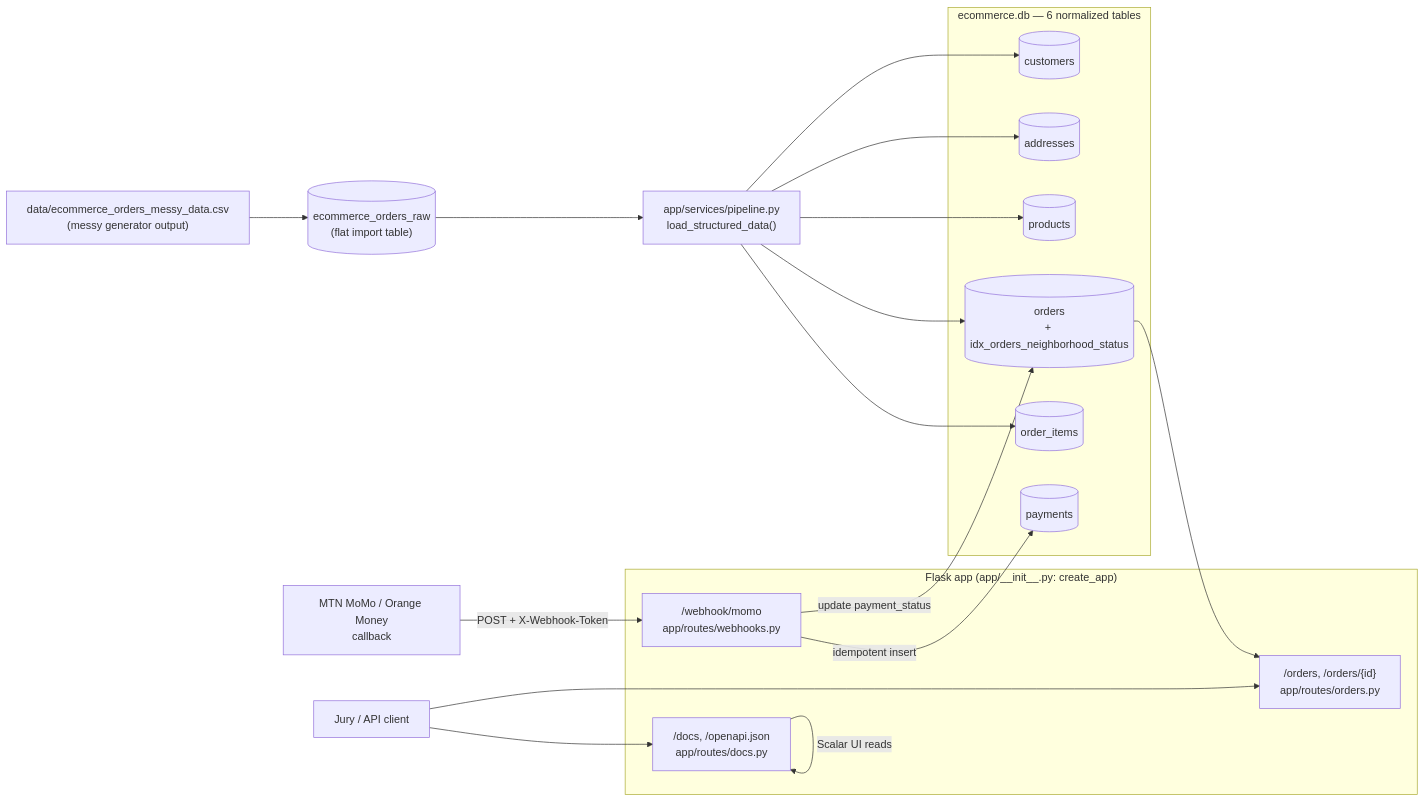
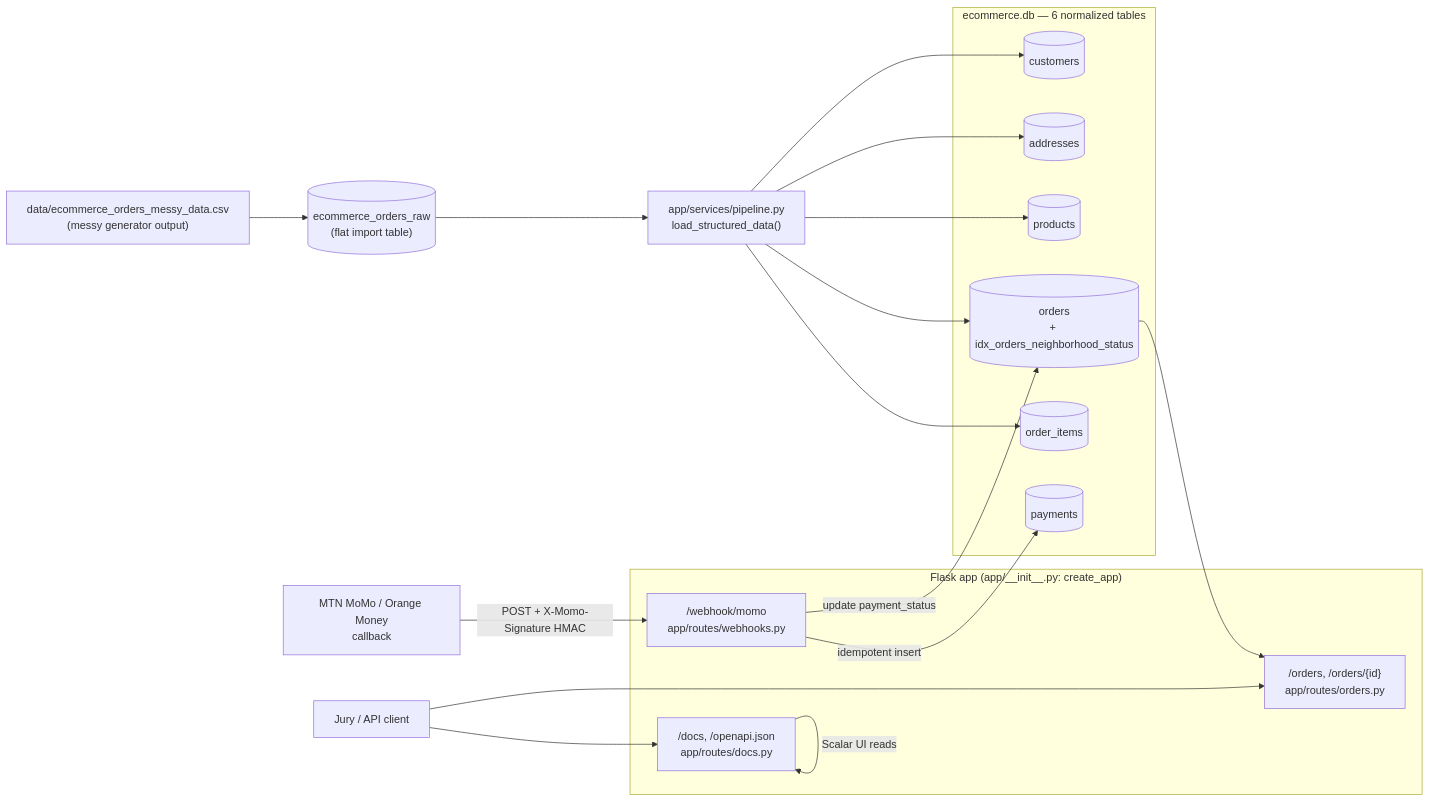
Before and after one commit to fokouarnaud/antcode-commando: the diagram in README.md, drawn with Mermaid. The commit also changed other lines of this file and 5 other files, not shown here.

First line of the commit message:
secure: upgrade MoMo webhook to full HMAC-SHA256 signature verification, switch to file-based openapi.json, and expand pytest suite to 32 clean tests

````diff
--- a/README.md
+++ b/README.md
@@ -12,35 +12,35 @@
 ```mermaid
 flowchart LR
     CSV["data/ecommerce_orders_messy_data.csv\n(messy generator output)"]
     RAW[("ecommerce_orders_raw\n(flat import table)")]
     PIPE["app/services/pipeline.py\nload_structured_data()"]
 
     subgraph DB["ecommerce.db — 6 normalized tables"]
         CUST[("customers")]
         ADDR[("addresses")]
         PROD[("products")]
         ORD[("orders\n+ idx_orders_neighborhood_status")]
         ITEMS[("order_items")]
         PAY[("payments")]
     end
 
     subgraph API["Flask app (app/__init__.py: create_app)"]
         ORD_R["/orders, /orders/{id}\napp/routes/orders.py"]
         HOOK["/webhook/momo\napp/routes/webhooks.py"]
         DOCS["/docs, /openapi.json\napp/routes/docs.py"]
     end
 
     MOMO["MTN MoMo / Orange Money\ncallback"]
     JURY["Jury / API client"]
 
     CSV --> RAW
     RAW --> PIPE
     PIPE --> CUST & ADDR & PROD & ORD & ITEMS
-    MOMO -->|POST + X-Webhook-Token| HOOK
+    MOMO -->|POST + X-Momo-Signature HMAC| HOOK
     HOOK -->|idempotent insert| PAY
     HOOK -->|update payment_status| ORD
     ORD --> ORD_R
     JURY --> ORD_R
     JURY --> DOCS
     DOCS -->|Scalar UI reads| DOCS
 ```
````
